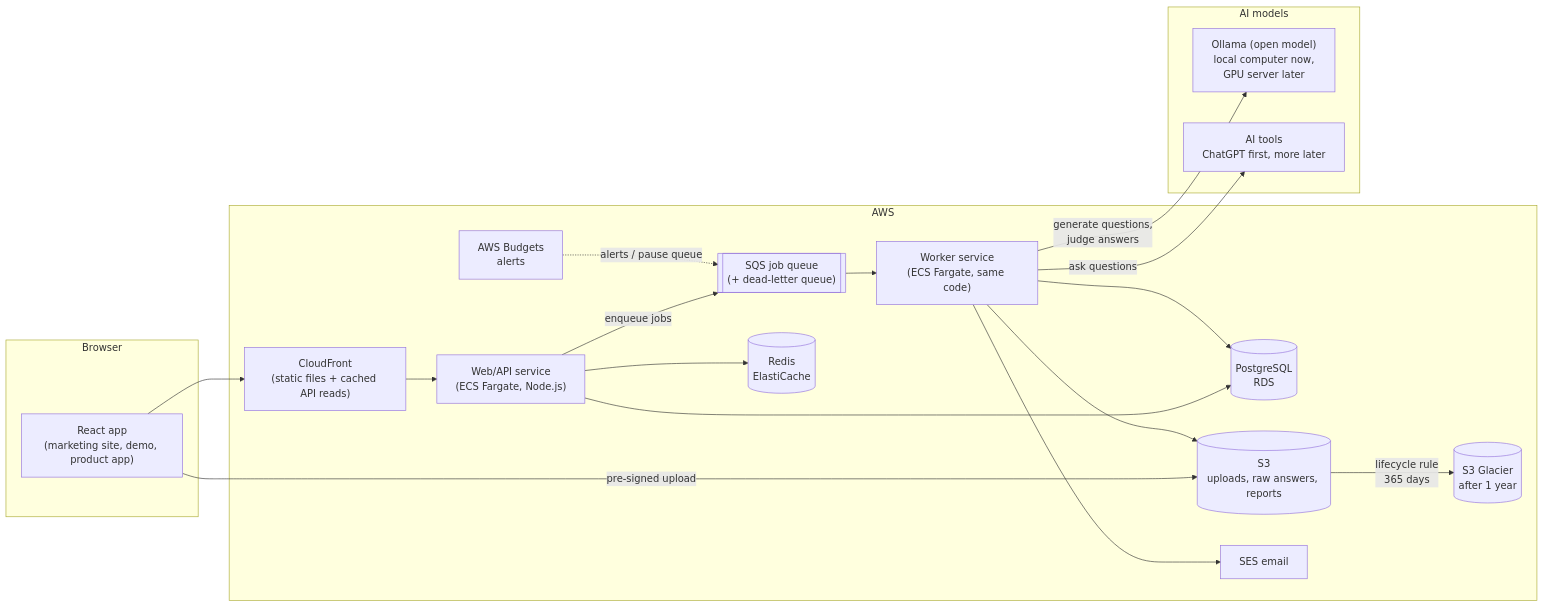
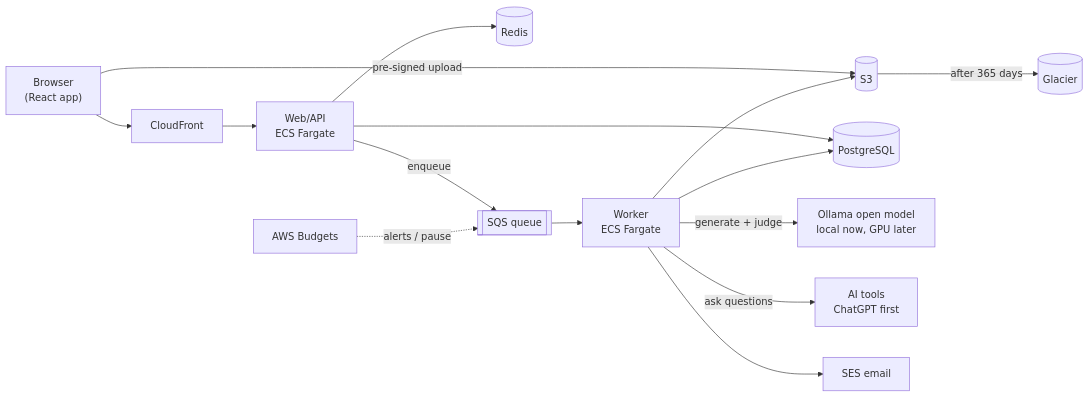
One commit to yangel20/LH_TECH_09302026 changed the first of 3 diagrams in docs/ARCHITECTURE.md. Above: the diagram before and after it, drawn with Mermaid. The commit also changed other lines of this file and 2 other files, not shown here.

First line of the commit message:
docs: explain how Nexo is different; condense architecture and wireframes

````diff
--- a/docs/ARCHITECTURE.md
+++ b/docs/ARCHITECTURE.md
@@ -76,38 +42,16 @@
 ```mermaid
 flowchart LR
-  subgraph Client["Browser"]
-    UI["React app<br/>(marketing site, demo, product app)"]
-  end
-
-  subgraph AWS["AWS"]
-    CF["CloudFront<br/>(static files + cached API reads)"]
-    API["Web/API service<br/>(ECS Fargate, Node.js)"]
-    Q[["SQS job queue<br/>(+ dead-letter queue)"]]
-    W["Worker service<br/>(ECS Fargate, same code)"]
-    PG[("PostgreSQL<br/>RDS")]
-    R[("Redis<br/>ElastiCache")]
-    S3[("S3<br/>uploads, raw answers, reports")]
-    GL[("S3 Glacier<br/>after 1 year")]
-    SES["SES email"]
-    BUD["AWS Budgets<br/>alerts"]
-  end
-
-  subgraph Models["AI models"]
-    OL["Ollama (open model)<br/>local computer now,<br/>GPU server later"]
-    AI["AI tools<br/>ChatGPT first, more later"]
-  end
-
-  UI --> CF --> API
-  UI -- "pre-signed upload" --> S3
-  API --> PG
-  API --> R
-  API -- "enqueue jobs" --> Q
-  Q --> W
+  UI["Browser<br/>(React app)"] --> CF["CloudFront"] --> API["Web/API<br/>ECS Fargate"]
+  UI -- "pre-signed upload" --> S3[("S3")]
+  API --> PG[("PostgreSQL")]
+  API --> R[("Redis")]
+  API -- "enqueue" --> Q[["SQS queue"]]
+  Q --> W["Worker<br/>ECS Fargate"]
   W --> PG
   W --> S3
-  W -- "generate questions,<br/>judge answers" --> OL
-  W -- "ask questions" --> AI
-  W --> SES
-  S3 -- "lifecycle rule<br/>365 days" --> GL
-  BUD -. "alerts / pause queue" .-> Q
+  W -- "generate + judge" --> OL["Ollama open model<br/>local now, GPU later"]
+  W -- "ask questions" --> AI["AI tools<br/>ChatGPT first"]
+  W --> SES["SES email"]
+  S3 -- "after 365 days" --> GL[("Glacier")]
+  BUD["AWS Budgets"] -. "alerts / pause" .-> Q
 ```
````
